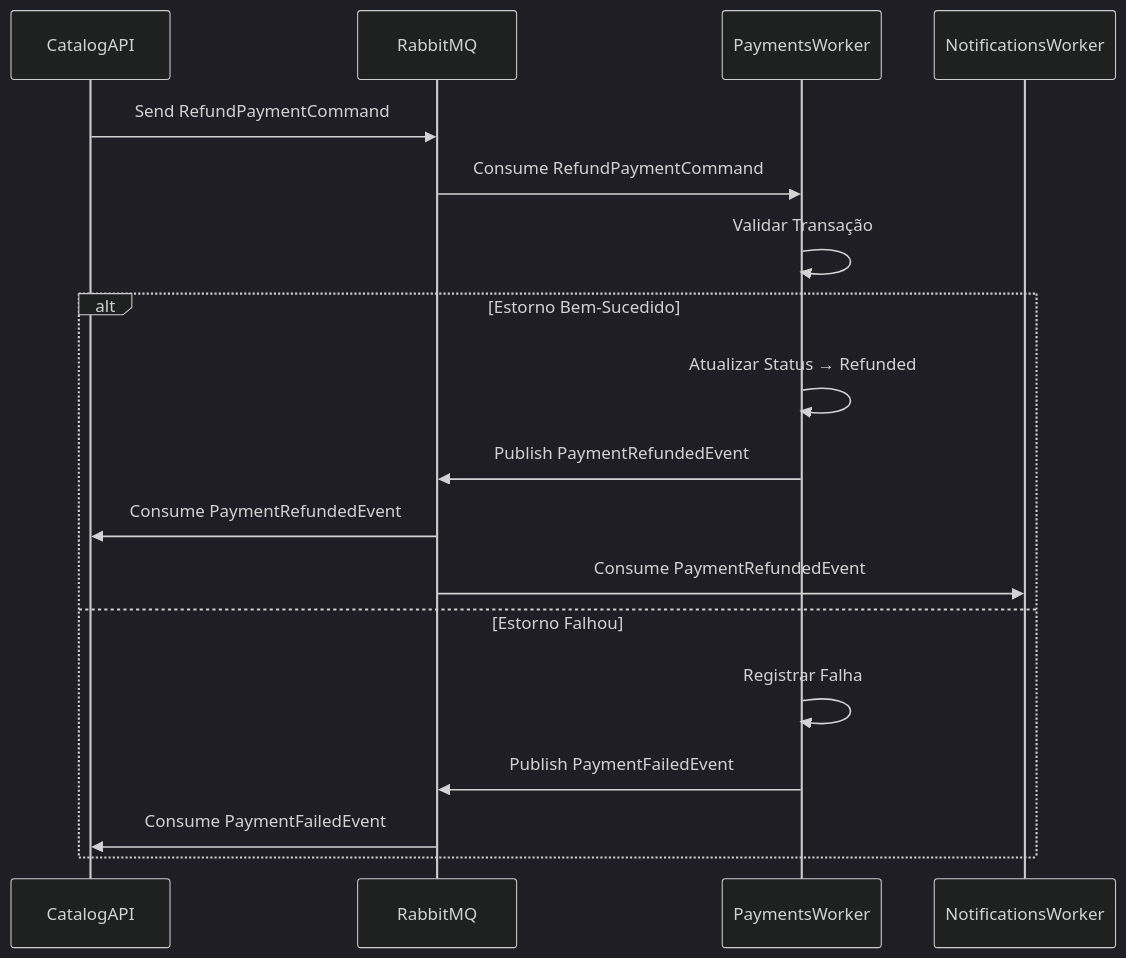
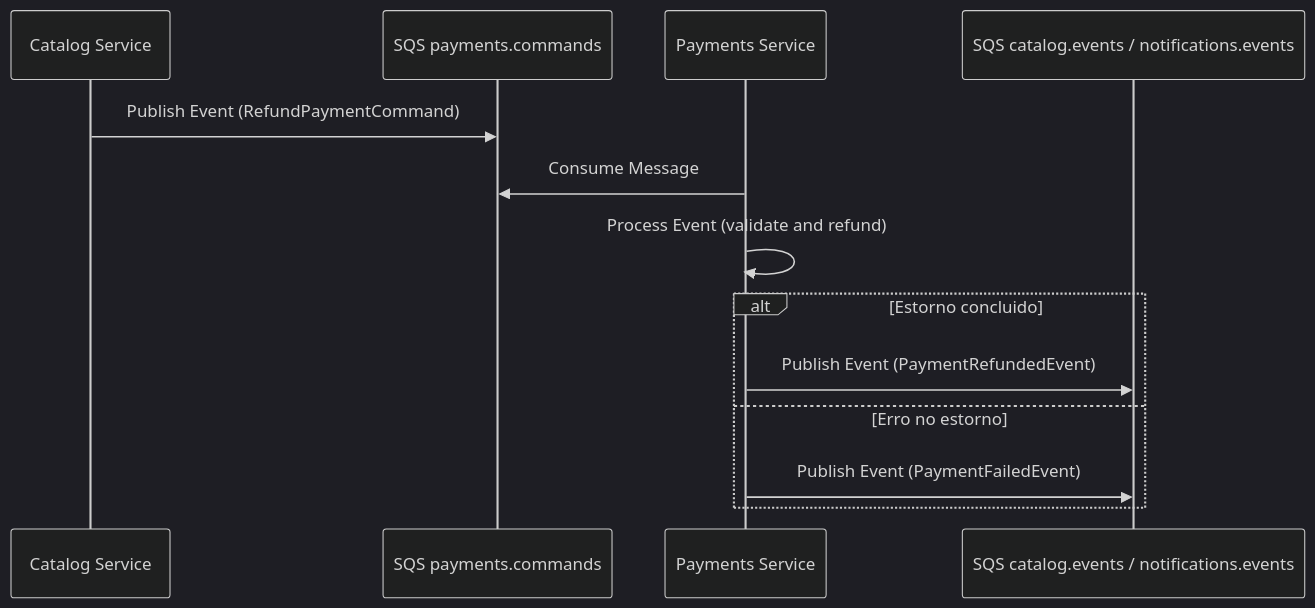
Before and after one commit to louresb/cloud-games-fase-3-payments: the fifth of 5 diagrams in README.md, drawn with Mermaid (dark theme). The commit also changed other lines of this file, not shown here.

````diff
--- a/README.md
+++ b/README.md
@@ -129,21 +141,16 @@
 ```mermaid
 sequenceDiagram
-    participant CatalogAPI
-    participant RabbitMQ
-    participant PaymentsWorker
-    participant NotificationsWorker
+    participant Catalog as Catalog Service
+    participant SQSCommands as SQS payments.commands
+    participant Payments as Payments Service
+    participant SQSEvents as SQS catalog.events / notifications.events
 
-    CatalogAPI->>RabbitMQ: Send RefundPaymentCommand
-    RabbitMQ->>PaymentsWorker: Consume RefundPaymentCommand
-    PaymentsWorker->>PaymentsWorker:  Validar Transação
-    alt Estorno Bem-Sucedido
-        PaymentsWorker->>PaymentsWorker: Atualizar Status → Refunded
-        PaymentsWorker->>RabbitMQ:  Publish PaymentRefundedEvent
-        RabbitMQ->>CatalogAPI: Consume PaymentRefundedEvent
-        RabbitMQ->>NotificationsWorker: Consume PaymentRefundedEvent
-    else Estorno Falhou
-        PaymentsWorker->>PaymentsWorker:  Registrar Falha
-        PaymentsWorker->>RabbitMQ:  Publish PaymentFailedEvent
-        RabbitMQ->>CatalogAPI:  Consume PaymentFailedEvent
+    Catalog->>SQSCommands: Publish Event (RefundPaymentCommand)
+    Payments->>SQSCommands: Consume Message
+    Payments->>Payments: Process Event (validate and refund)
+    alt Estorno concluido
+        Payments->>SQSEvents: Publish Event (PaymentRefundedEvent)
+    else Erro no estorno
+        Payments->>SQSEvents: Publish Event (PaymentFailedEvent)
     end
 ```
````
